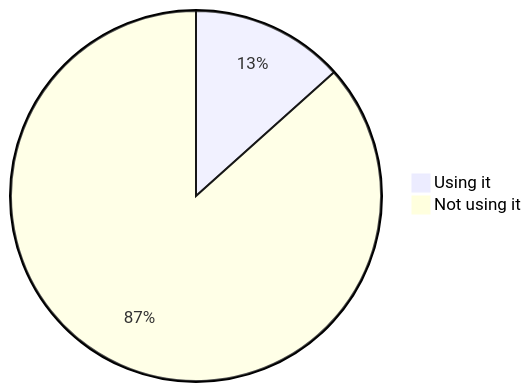
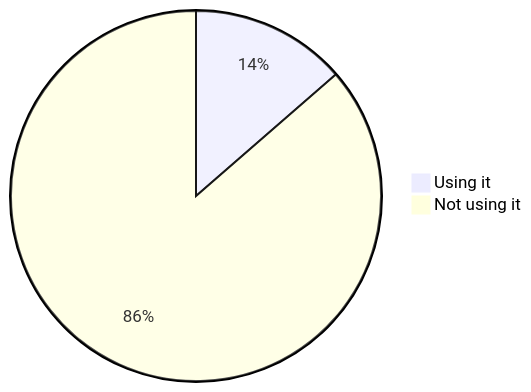
Before and after one commit to oshp/oshp-stats: the fourth of 22 diagrams in stats.md, drawn with Mermaid. The commit also changed other lines of this file, not shown here.

````diff
--- a/stats.md
+++ b/stats.md
@@ -46,6 +46,6 @@
 ```mermaid
 pie
-	"Using it" : 13.37
-	"Not using it" : 86.63
+	"Using it" : 13.61
+	"Not using it" : 86.39
 
 ```
````
